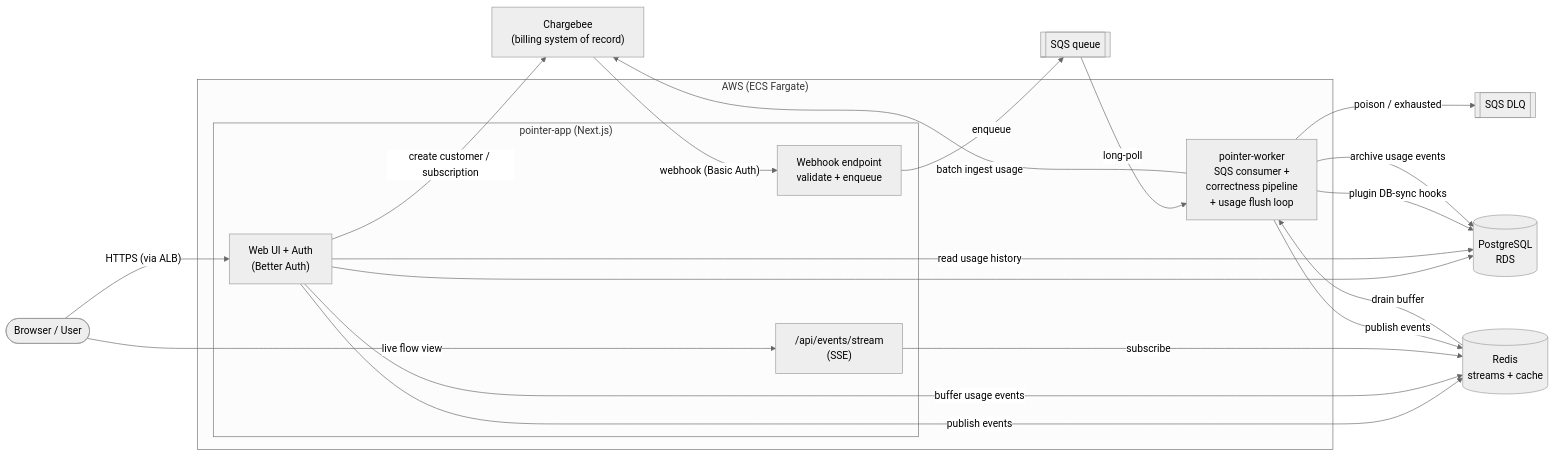
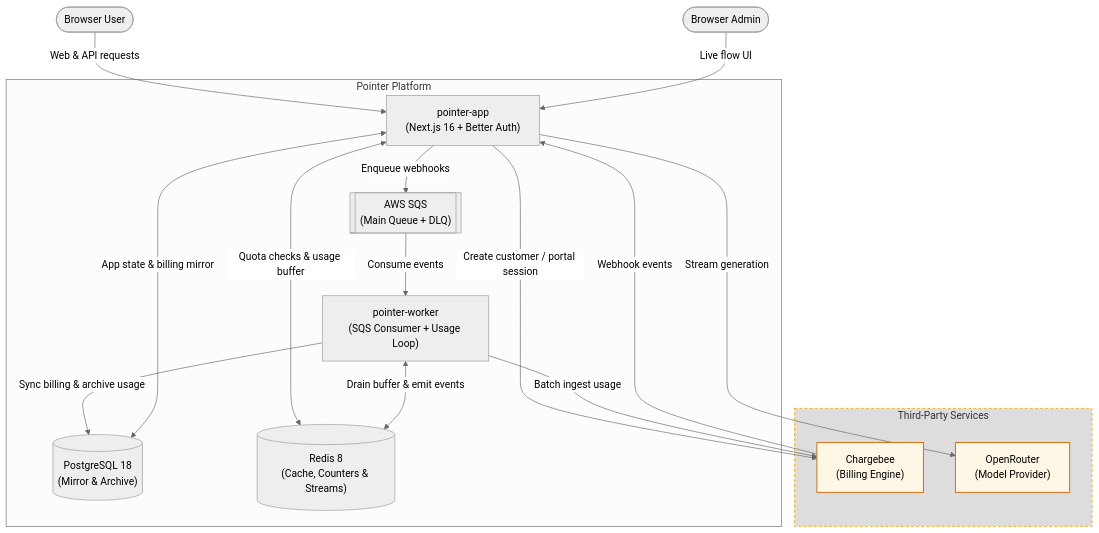
Before and after one commit to chargebee/reference-architecture: the first of 2 diagrams in pointer/ARCHITECTURE.md, drawn with Mermaid (neutral theme). The commit also changed other lines of this file and 3 other files, not shown here.

Commit message:
architecture and readme updates

````diff
--- a/pointer/ARCHITECTURE.md
+++ b/pointer/ARCHITECTURE.md
@@ -50,38 +9,35 @@
 ```mermaid
-flowchart LR
-    User(["Browser / User"])
-    CB["Chargebee<br/>(billing system of record)"]
+flowchart TB
+  User([Browser User])
+  Admin([Browser Admin])
 
-    subgraph AWS["AWS (ECS Fargate)"]
-        subgraph App["pointer-app (Next.js)"]
-            Web["Web UI + Auth<br/>(Better Auth)"]
-            WHIn["Webhook endpoint<br/>validate + enqueue"]
-            SSE["/api/events/stream<br/>(SSE)"]
-        end
-        Worker["pointer-worker<br/>SQS consumer +<br/>correctness pipeline<br/>+ usage flush loop"]
-    end
+  subgraph Platform["Pointer Platform"]
+      App["pointer-app<br/>(Next.js 16 + Better Auth)"]
+      Worker["pointer-worker<br/>(SQS Consumer + Usage Loop)"]
+      Queue[["AWS SQS<br/>(Main Queue + DLQ)"]]
+      PG[("PostgreSQL 18<br/>(Mirror & Archive)")]
+      Redis[("Redis 8<br/>(Cache, Counters & Streams)")]
+  end
 
-    Queue[["SQS queue"]]
-    DLQ[["SQS DLQ"]]
-    PG[("PostgreSQL<br/>RDS")]
-    Redis[("Redis<br/>streams + cache")]
+  subgraph ThirdParty["Third-Party Services"]
+      CB["Chargebee<br/>(Billing Engine)"]
+      OR["OpenRouter<br/>(Model Provider)"]
+  end
 
-    User -->|"HTTPS (via ALB)"| Web
-    Web -->|"create customer / subscription"| CB
-    Web --> PG
-    Web -->|"publish events"| Redis
-    Web -->|"buffer usage events"| Redis
-    Web -->|"read usage history"| PG
-    SSE -->|"subscribe"| Redis
-    User -->|"live flow view"| SSE
+  style ThirdParty fill:#DDDDDD,stroke:#faad14,stroke-width:1.5px,stroke-dasharray: 4 4
+  style CB fill:#fff7e6,stroke:#d46b08,stroke-width:1.5px
+  style OR fill:#fff7e6,stroke:#d46b08,stroke-width:1.5px
 
-    CB -->|"webhook (Basic Auth)"| WHIn
-    WHIn -->|"enqueue"| Queue
-    Queue -->|"long-poll"| Worker
-    Worker -->|"plugin DB-sync hooks"| PG
-    Worker -->|"poison / exhausted"| DLQ
-    Worker -->|"publish events"| Redis
-    Redis -->|"drain buffer"| Worker
-    Worker -->|"archive usage events"| PG
-    Worker -->|"batch ingest usage"| CB
+  User -->|Web & API requests| App
+  Admin -->|Live flow UI| App
+  App -->|Create customer / portal session| CB
+  CB -->|Webhook events| App
+  App -->|Enqueue webhooks| Queue
+  Queue -->|Consume events| Worker
+  Worker -->|Sync billing & archive usage| PG
+  Worker -->|Batch ingest usage| CB
+  App -->|Stream generation| OR
+  App <-->|App state & billing mirror| PG
+  App <-->|Quota checks & usage buffer| Redis
+  Worker <-->|Drain buffer & emit events| Redis
 ```
````
